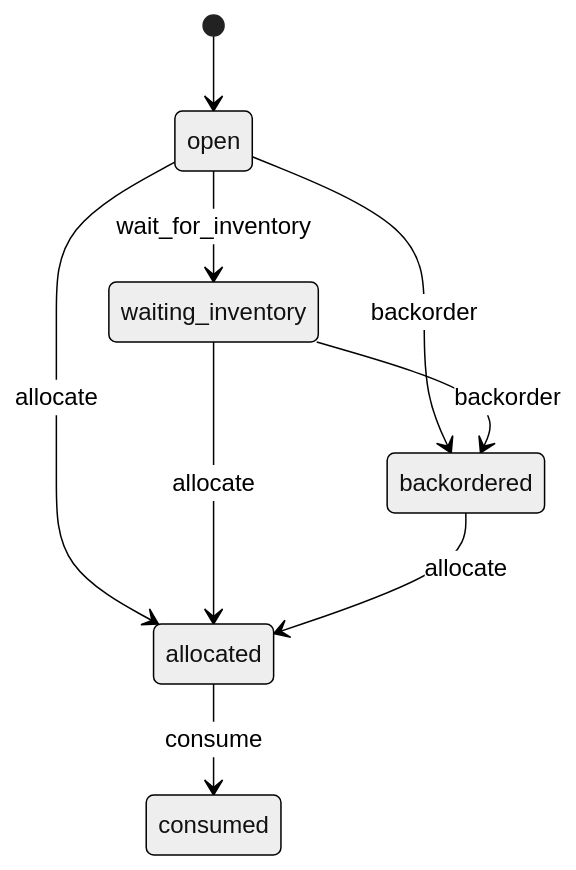
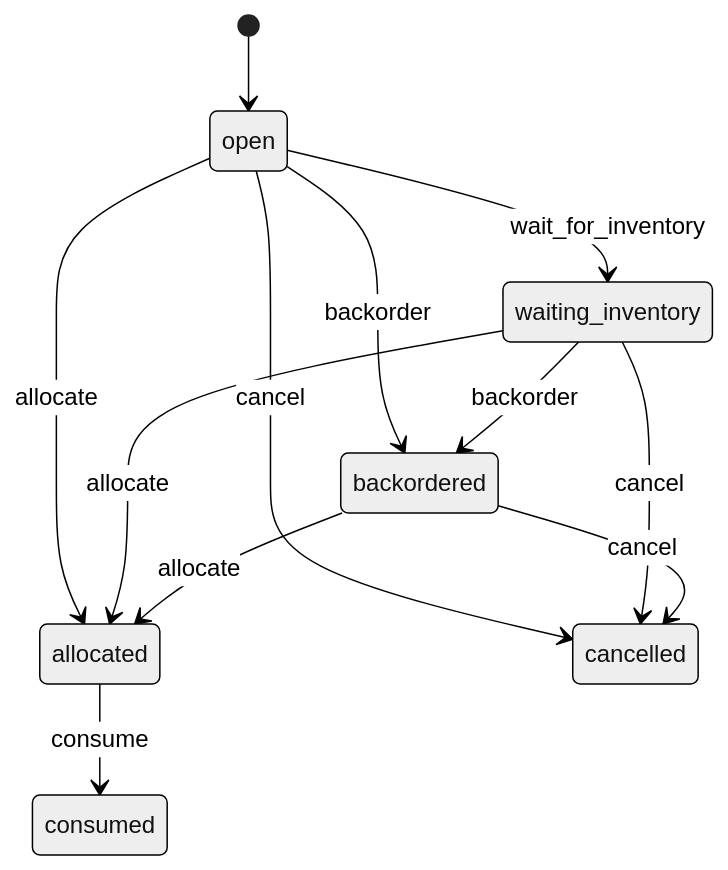
Before and after one commit to brunolnetto/sose: the sixth of 14 diagrams in docs/examples/procure-to-pay/specification.md, drawn with Mermaid (neutral theme). The commit also changed other lines of this file, not shown here.

````diff
--- a/docs/examples/procure-to-pay/specification.md
+++ b/docs/examples/procure-to-pay/specification.md
@@ -350,11 +355,14 @@
 ```mermaid
 stateDiagram-v2
     [*] --> open
     open --> waiting_inventory: wait_for_inventory
     open --> backordered: backorder
     waiting_inventory --> backordered: backorder
     open --> allocated: allocate
     waiting_inventory --> allocated: allocate
     backordered --> allocated: allocate
     allocated --> consumed: consume
+    open --> cancelled: cancel
+    waiting_inventory --> cancelled: cancel
+    backordered --> cancelled: cancel
 ```
````
